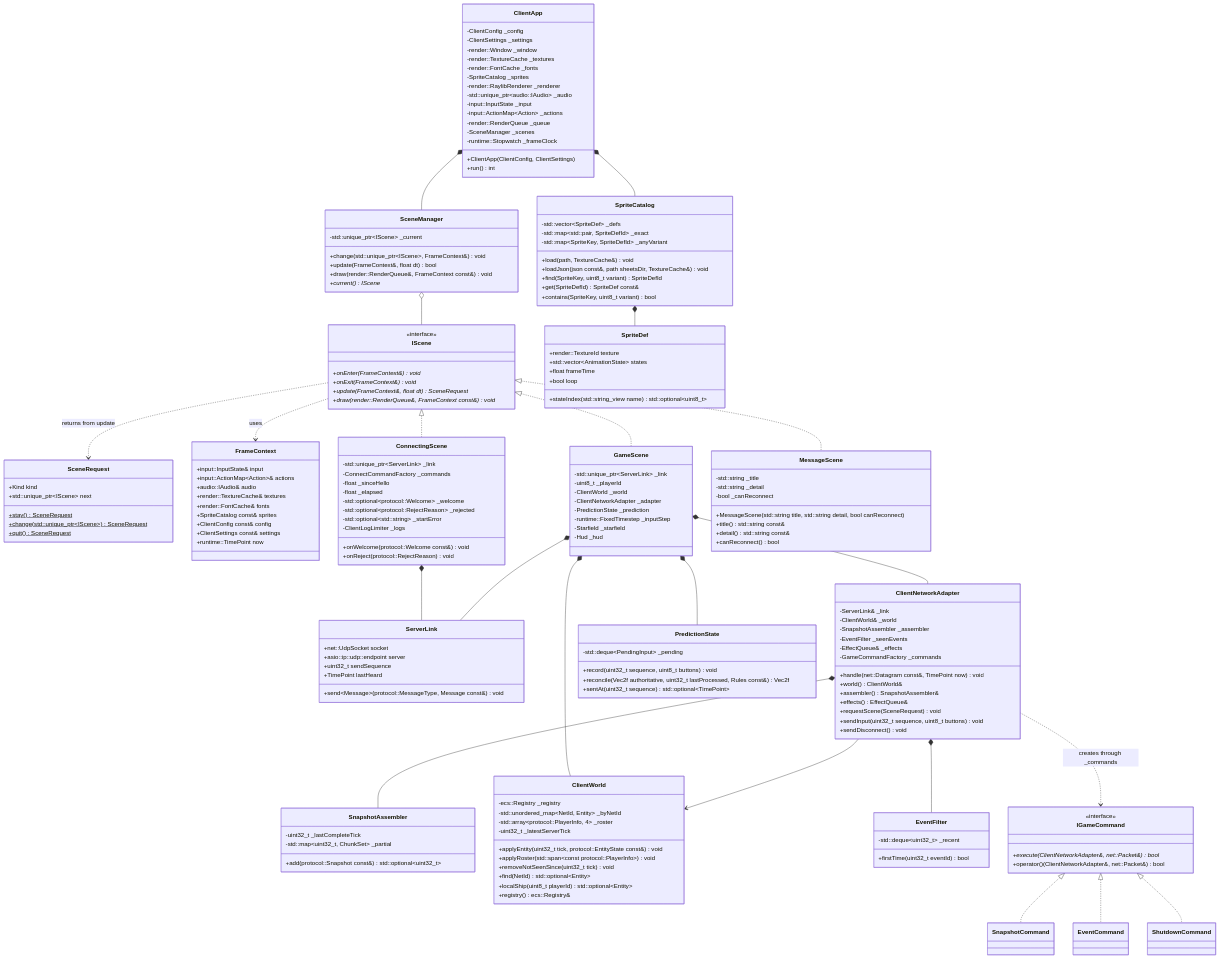
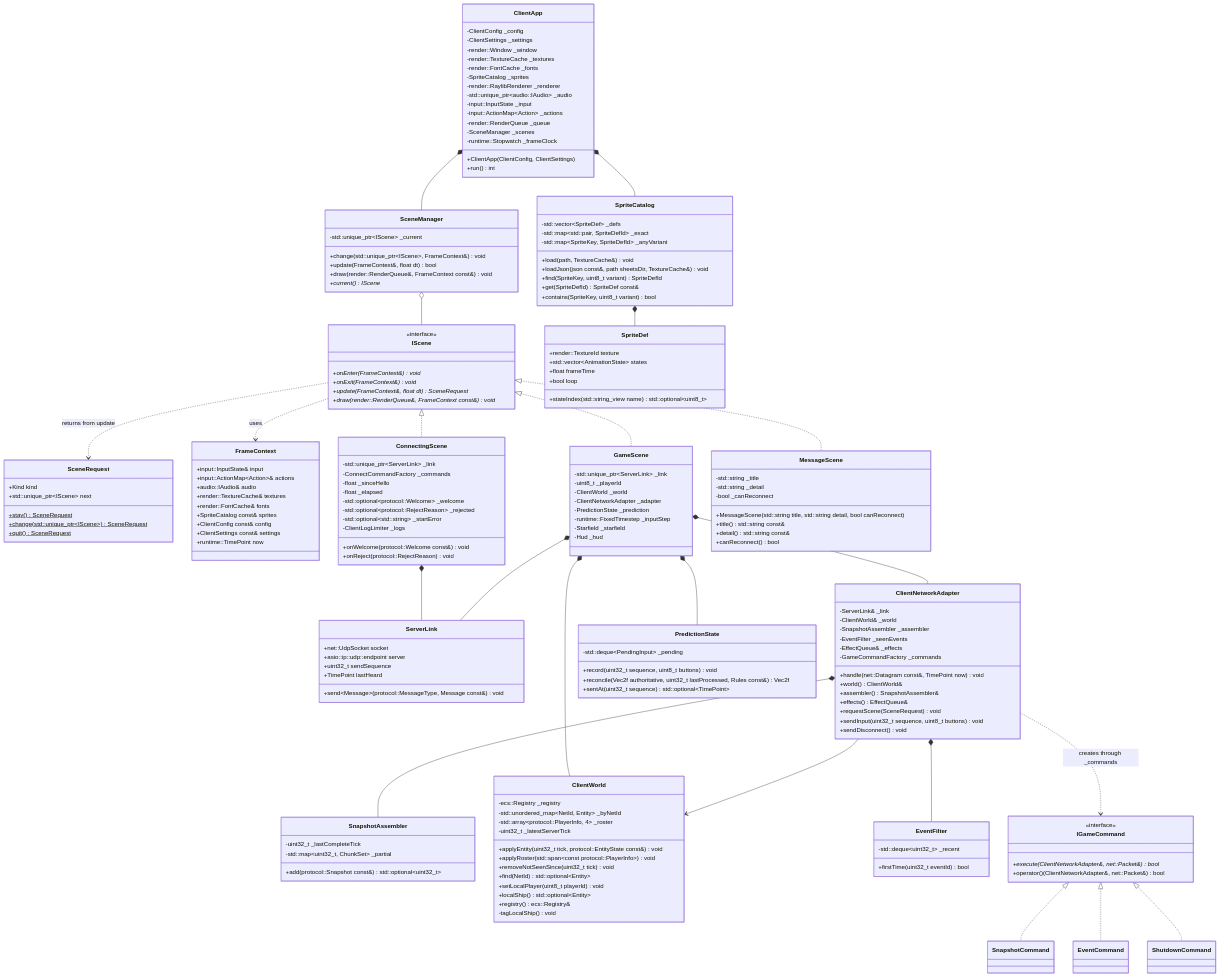
Before and after one commit to janumaruku/r-type: the diagram in docs/modules/client.md, drawn with Mermaid. The commit also changed other lines of this file and 2 other files, not shown here.

Commit message:
feat(client): RTP-126 #comment Tap player ship with LocalPlayer in the registry

```diff
--- a/docs/modules/client.md
+++ b/docs/modules/client.md
@@ -139,8 +139,10 @@
         +applyRoster(std::span~const protocol::PlayerInfo~) void
         +removeNotSeenSince(uint32_t tick) void
         +find(NetId) std::optional~Entity~
-        +localShip(uint8_t playerId) std::optional~Entity~
+        +setLocalPlayer(uint8_t playerId) void
+        +localShip() std::optional~Entity~
         +registry() ecs::Registry&
+        -tagLocalShip() void
     }
     class EventFilter {
         -std::deque~uint32_t~ _recent
```
